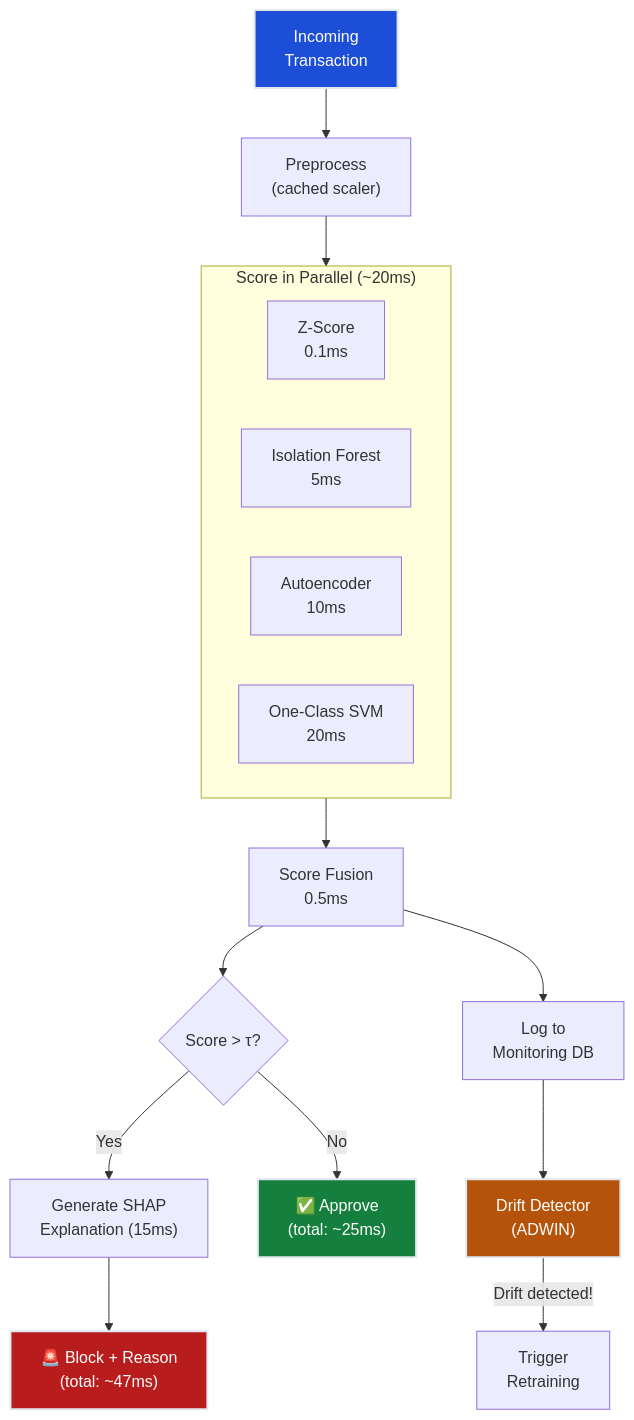
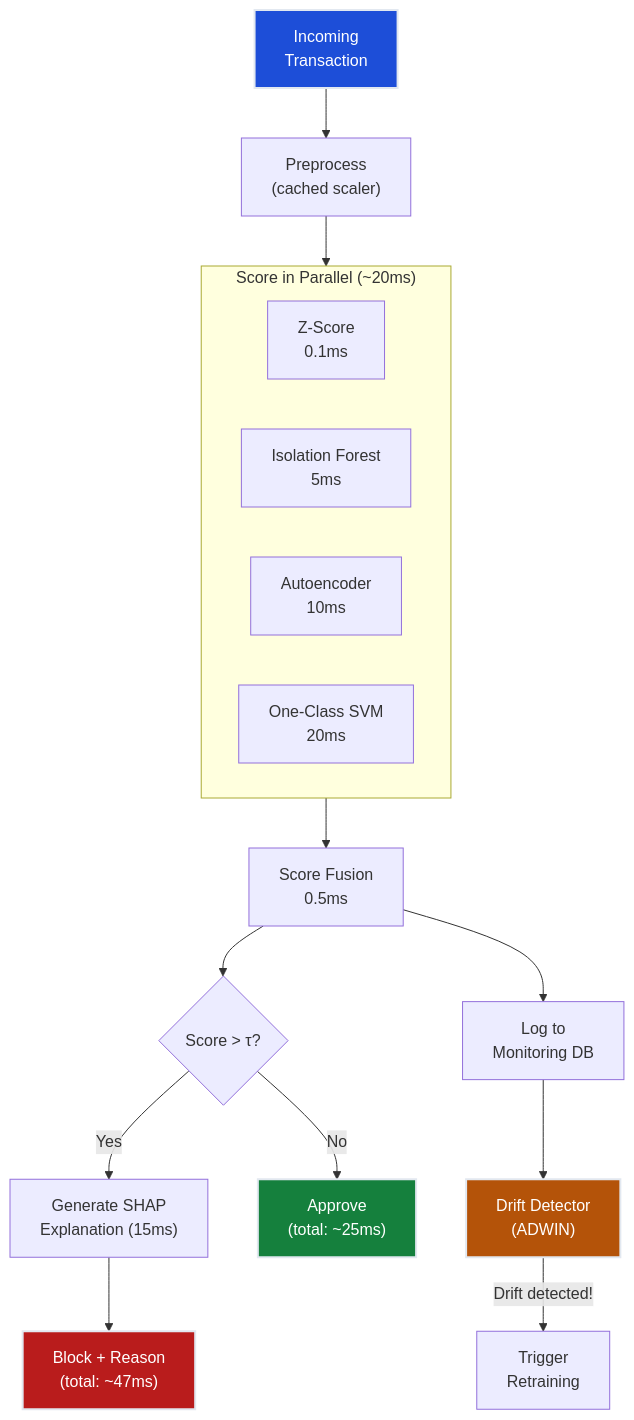
The second of 3 diagrams in notes/ML/05-AnomalyDetection/ch06-production/README.md (deepakshamsft/ai-portfolio), drawn with Mermaid before and after one commit. The commit also changed other lines of this file and 50 other files, not shown here.

````diff
--- a/notes/ML/05-AnomalyDetection/ch06-production/README.md
+++ b/notes/ML/05-AnomalyDetection/ch06-production/README.md
@@ -196,29 +213,29 @@
 ```mermaid
 flowchart TD
     TX["Incoming\nTransaction"] --> PREPROCESS["Preprocess\n(cached scaler)"]
     PREPROCESS --> PAR["Parallel Scoring"]
 
     subgraph PAR["Score in Parallel (~20ms)"]
         Z["Z-Score\n0.1ms"]
         IF["Isolation Forest\n5ms"]
         AE["Autoencoder\n10ms"]
         SVM["One-Class SVM\n20ms"]
     end
 
     PAR --> FUSE["Score Fusion\n0.5ms"]
     FUSE --> DEC{"Score > τ?"}
 
     DEC -->|"Yes"| EXPLAIN["Generate SHAP\nExplanation (15ms)"]
-    DEC -->|"No"| APPROVE["✅ Approve\n(total: ~25ms)"]
+    DEC -->|"No"| APPROVE["Approve\n(total: ~25ms)"]
 
-    EXPLAIN --> BLOCK["🚨 Block + Reason\n(total: ~47ms)"]
+    EXPLAIN --> BLOCK["Block + Reason\n(total: ~47ms)"]
 
     FUSE --> LOG["Log to\nMonitoring DB"]
     LOG --> DRIFT["Drift Detector\n(ADWIN)"]
     DRIFT -->|"Drift detected!"| RETRAIN["Trigger\nRetraining"]
 
     style TX fill:#1d4ed8,stroke:#e2e8f0,stroke-width:2px,color:#ffffff
     style APPROVE fill:#15803d,stroke:#e2e8f0,stroke-width:2px,color:#ffffff
     style BLOCK fill:#b91c1c,stroke:#e2e8f0,stroke-width:2px,color:#ffffff
     style DRIFT fill:#b45309,stroke:#e2e8f0,stroke-width:2px,color:#ffffff
 ```
````
